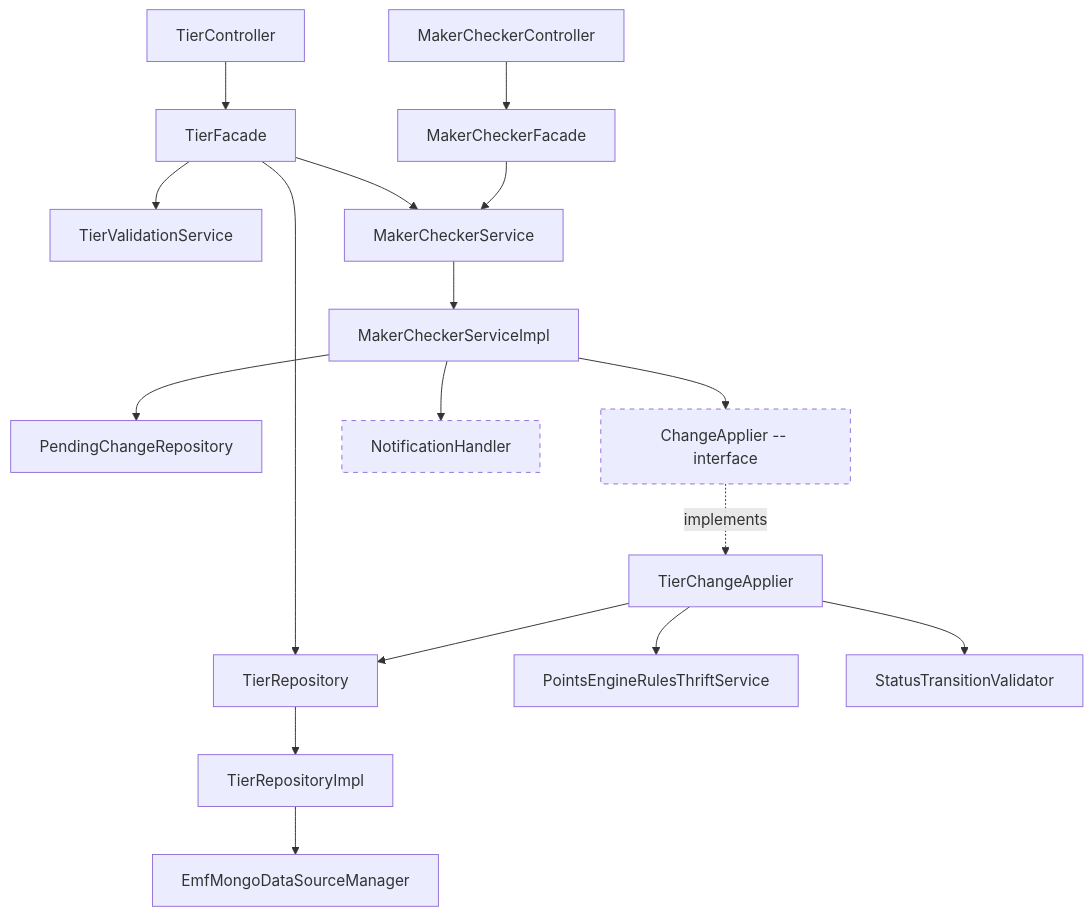
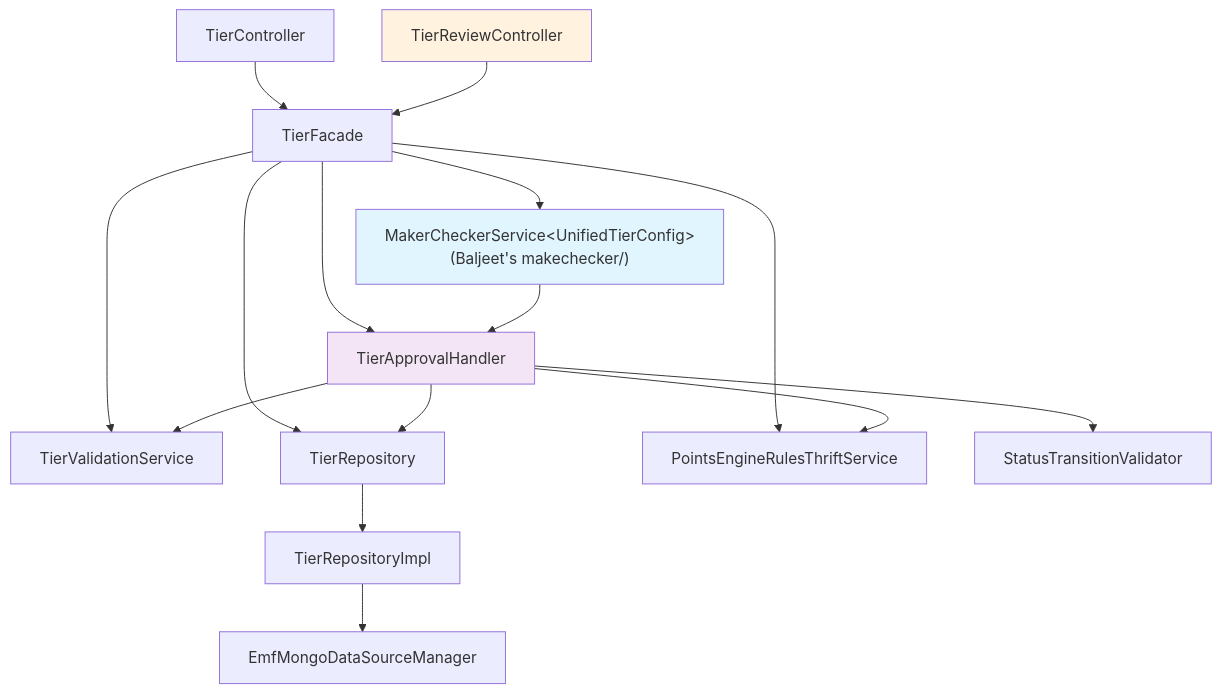
Before and after one commit to BaljeetSinghCapillaryTech/kalpavriksha: the diagram in docs/pipeline/tier/03-designer.md, drawn with Mermaid. The commit also changed other lines of this file and 24 other files, not shown here.

First line of the commit message:
raidlc/ai_tier: Update all pipeline artifacts for makerchecker→makechecker migration

````diff
--- a/docs/pipeline/tier/03-designer.md
+++ b/docs/pipeline/tier/03-designer.md
@@ -359,22 +533,23 @@
 ```mermaid
 graph TD
     TC[TierController] --> TF[TierFacade]
-    MCC[MakerCheckerController] --> MCF[MakerCheckerFacade]
+    TRC[TierReviewController] --> TF
     TF --> TVS[TierValidationService]
     TF --> TR[TierRepository]
-    TF --> MCS[MakerCheckerService]
-    MCF --> MCS
-    MCS --> MCSI[MakerCheckerServiceImpl]
-    MCSI --> PCR[PendingChangeRepository]
-    MCSI --> CA[ChangeApplier -- interface]
-    MCSI --> NH[NotificationHandler]
-    CA -.->|implements| TCA[TierChangeApplier]
-    TCA --> PERTS[PointsEngineRulesThriftService]
-    TCA --> TR
-    TCA --> STV[StatusTransitionValidator]
+    TF --> MCS["MakerCheckerService&lt;UnifiedTierConfig&gt;<br/>(Baljeet's makechecker/)"]
+    TF --> TAH[TierApprovalHandler]
+    TF --> PERTS[PointsEngineRulesThriftService]
+    
+    MCS --> TAH
+    TAH --> PERTS
+    TAH --> TR
+    TAH --> TVS
+    TAH --> STV[StatusTransitionValidator]
+    
     TR --> TRI[TierRepositoryImpl]
     TRI --> EMDS[EmfMongoDataSourceManager]
 
-    style CA stroke-dasharray: 5 5
-    style NH stroke-dasharray: 5 5
+    style MCS fill:#e1f5ff
+    style TAH fill:#f3e5f5
+    style TRC fill:#fff3e0
 ```
````
